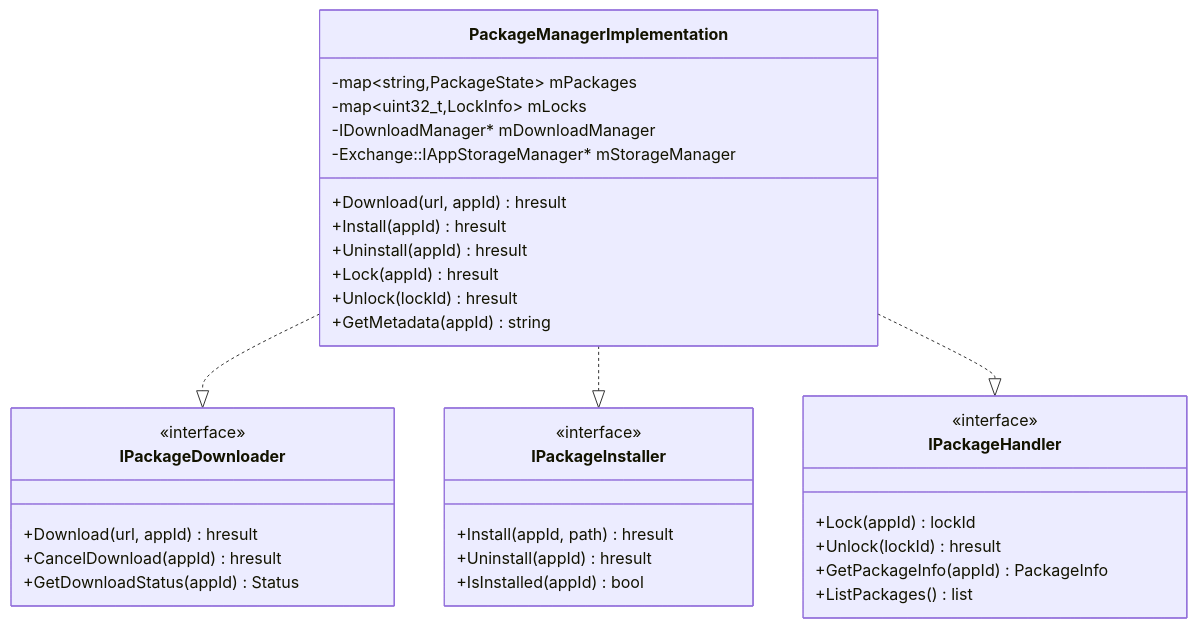
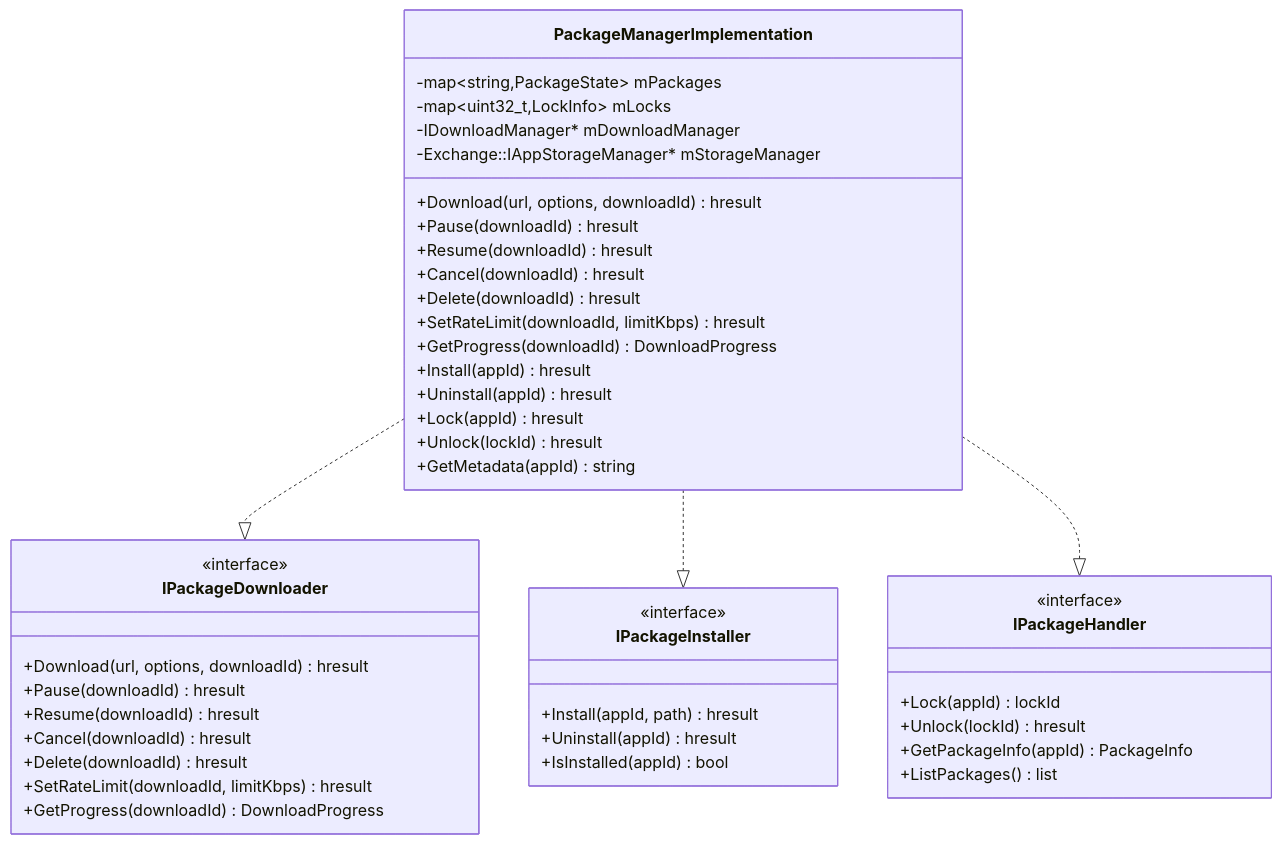
Before and after one commit to rdkcentral/entservices-appmanagers: the second of 5 diagrams in PackageManager/PackageManager.md, drawn with Mermaid.

Commit message:
Potential fix for pull request finding

````diff
--- a/PackageManager/PackageManager.md
+++ b/PackageManager/PackageManager.md
@@ -62,41 +62,51 @@
 ```mermaid
 classDiagram
     class PackageManagerImplementation {
         -map~string,PackageState~ mPackages
         -map~uint32_t,LockInfo~ mLocks
         -IDownloadManager* mDownloadManager
         -Exchange::IAppStorageManager* mStorageManager
-        +Download(url, appId) hresult
+        +Download(url, options, downloadId) hresult
+        +Pause(downloadId) hresult
+        +Resume(downloadId) hresult
+        +Cancel(downloadId) hresult
+        +Delete(downloadId) hresult
+        +SetRateLimit(downloadId, limitKbps) hresult
+        +GetProgress(downloadId) DownloadProgress
         +Install(appId) hresult
         +Uninstall(appId) hresult
         +Lock(appId) hresult
         +Unlock(lockId) hresult
         +GetMetadata(appId) string
     }
 
     class IPackageDownloader {
         <<interface>>
-        +Download(url, appId) hresult
-        +CancelDownload(appId) hresult
-        +GetDownloadStatus(appId) Status
+        +Download(url, options, downloadId) hresult
+        +Pause(downloadId) hresult
+        +Resume(downloadId) hresult
+        +Cancel(downloadId) hresult
+        +Delete(downloadId) hresult
+        +SetRateLimit(downloadId, limitKbps) hresult
+        +GetProgress(downloadId) DownloadProgress
     }
 
     class IPackageInstaller {
         <<interface>>
         +Install(appId, path) hresult
         +Uninstall(appId) hresult
         +IsInstalled(appId) bool
     }
 
     class IPackageHandler {
         <<interface>>
         +Lock(appId) lockId
         +Unlock(lockId) hresult
         +GetPackageInfo(appId) PackageInfo
         +ListPackages() list
     }
 
     PackageManagerImplementation ..|> IPackageDownloader
     PackageManagerImplementation ..|> IPackageInstaller
     PackageManagerImplementation ..|> IPackageHandler
 ```
````
